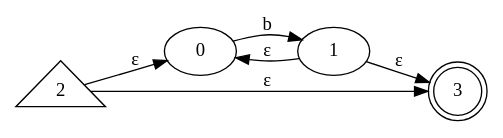
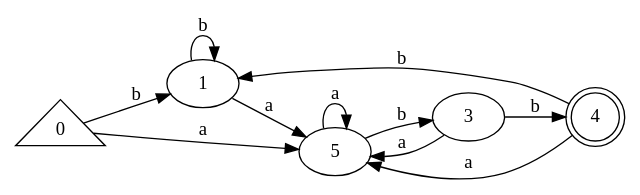
The diagram in automaton.gv (guillermoSb/UVG_Compis1_Lab), drawn with Graphviz before and after one commit. The commit also changed 3 other files, not shown here.

```diff
--- a/automaton.gv
+++ b/automaton.gv
@@ -1,12 +1,18 @@
 digraph {
 	graph [rankdir=LR]
-	0
+	0 [shape=triangle]
 	1
-	2 [shape=triangle]
-	3 [shape=doublecircle]
+	5
+	3
+	4 [shape=doublecircle]
+	0 -> 5 [label=a]
 	0 -> 1 [label=b]
-	1 -> 0 [label="ε"]
-	1 -> 3 [label="ε"]
-	2 -> 0 [label="ε"]
-	2 -> 3 [label="ε"]
+	1 -> 5 [label=a]
+	1 -> 1 [label=b]
+	5 -> 5 [label=a]
+	5 -> 3 [label=b]
+	3 -> 5 [label=a]
+	3 -> 4 [label=b]
+	4 -> 5 [label=a]
+	4 -> 1 [label=b]
 }
```
